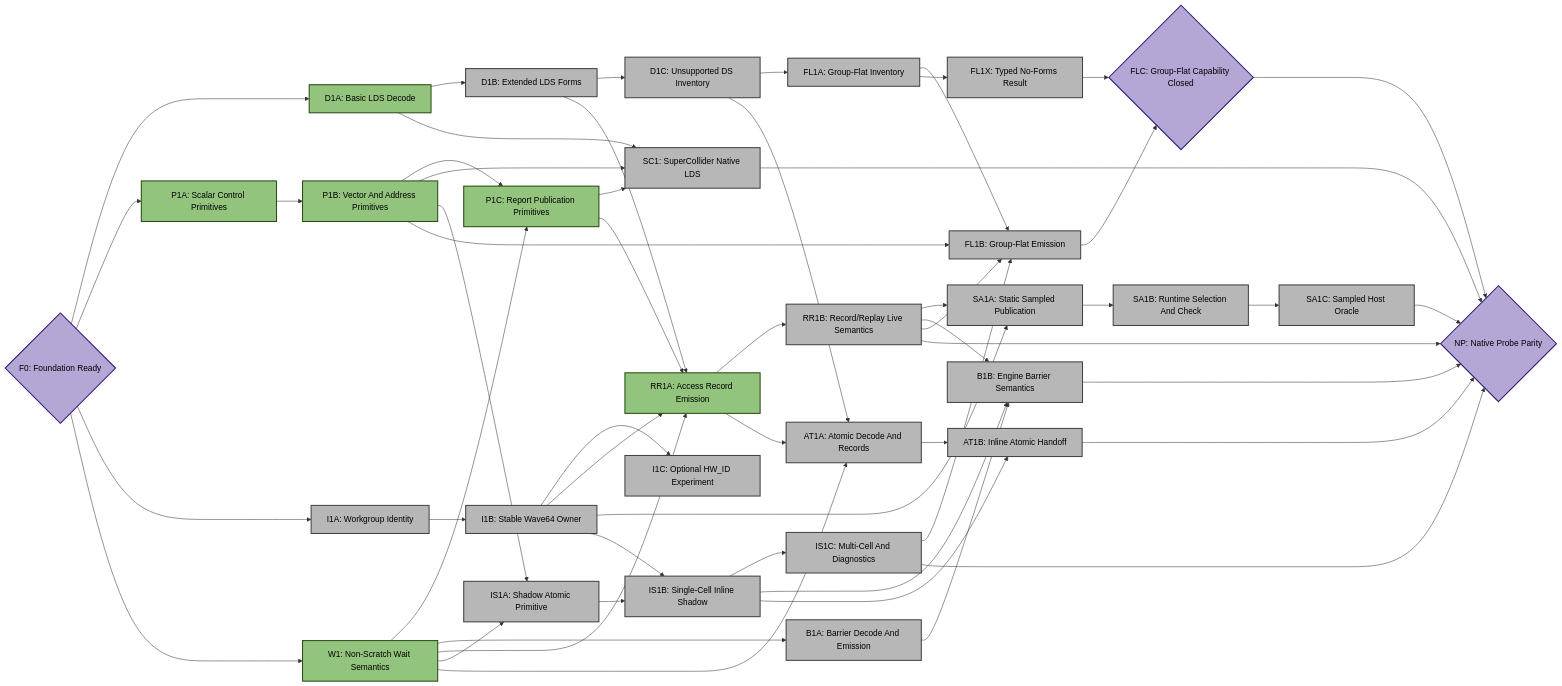
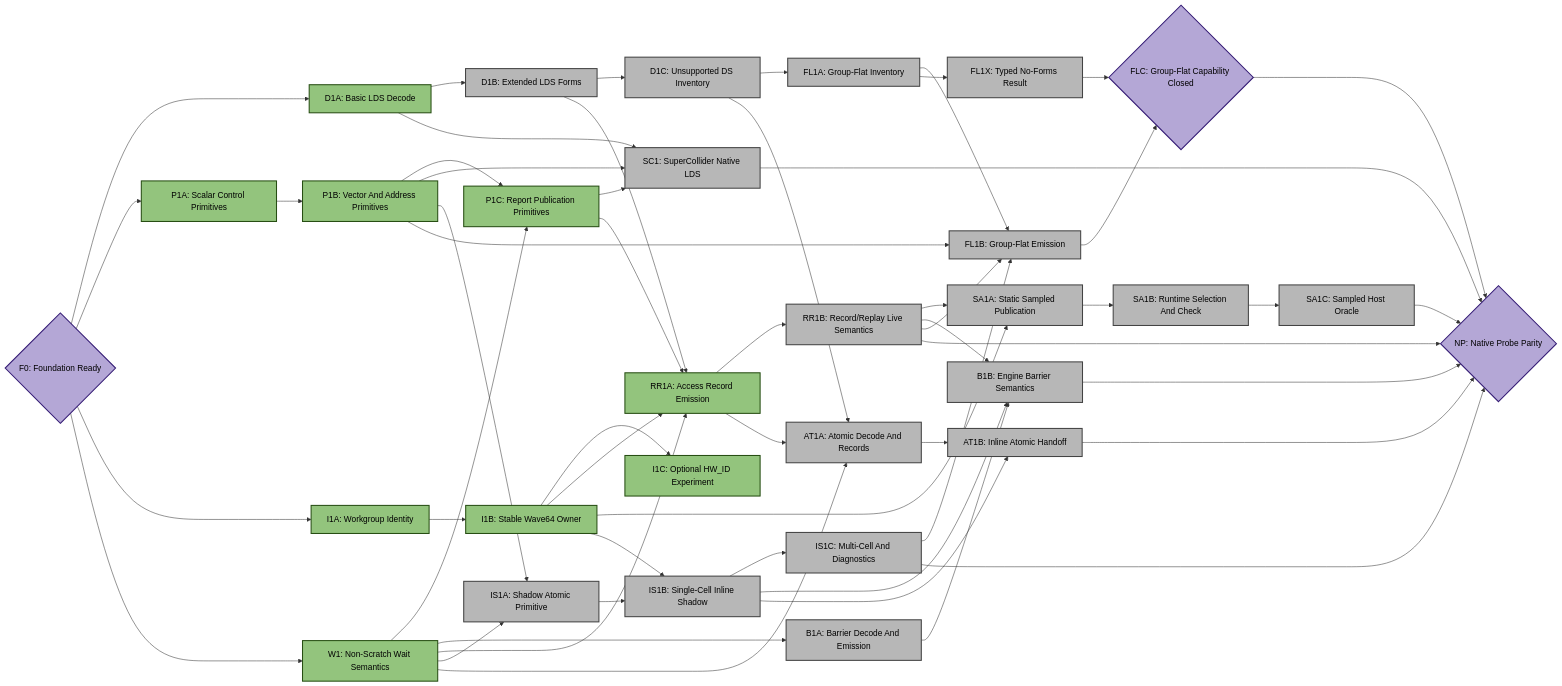
One commit to ROCm/rocm-systems changed the fourth of 5 diagrams in emulation/rocjitsu/docs/consan/PLAN_GFX950.md. Above: the diagram before and after it, drawn with Mermaid. The commit also changed other lines of this file and 10 other files, not shown here.

```diff
--- a/emulation/rocjitsu/docs/consan/PLAN_GFX950.md
+++ b/emulation/rocjitsu/docs/consan/PLAN_GFX950.md
@@ -282,9 +293,9 @@
   P1A["P1A: Scalar Control Primitives"]:::done
   P1B["P1B: Vector And Address Primitives"]:::done
   P1C["P1C: Report Publication Primitives"]:::done
-  I1A["I1A: Workgroup Identity"]:::todo
-  I1B["I1B: Stable Wave64 Owner"]:::todo
-  I1C["I1C: Optional HW_ID Experiment"]:::todo
+  I1A["I1A: Workgroup Identity"]:::done
+  I1B["I1B: Stable Wave64 Owner"]:::done
+  I1C["I1C: Optional HW_ID Experiment"]:::done
   W1["W1: Non-Scratch Wait Semantics"]:::done
   B1A["B1A: Barrier Decode And Emission"]:::todo
   B1B["B1B: Engine Barrier Semantics"]:::todo
```
